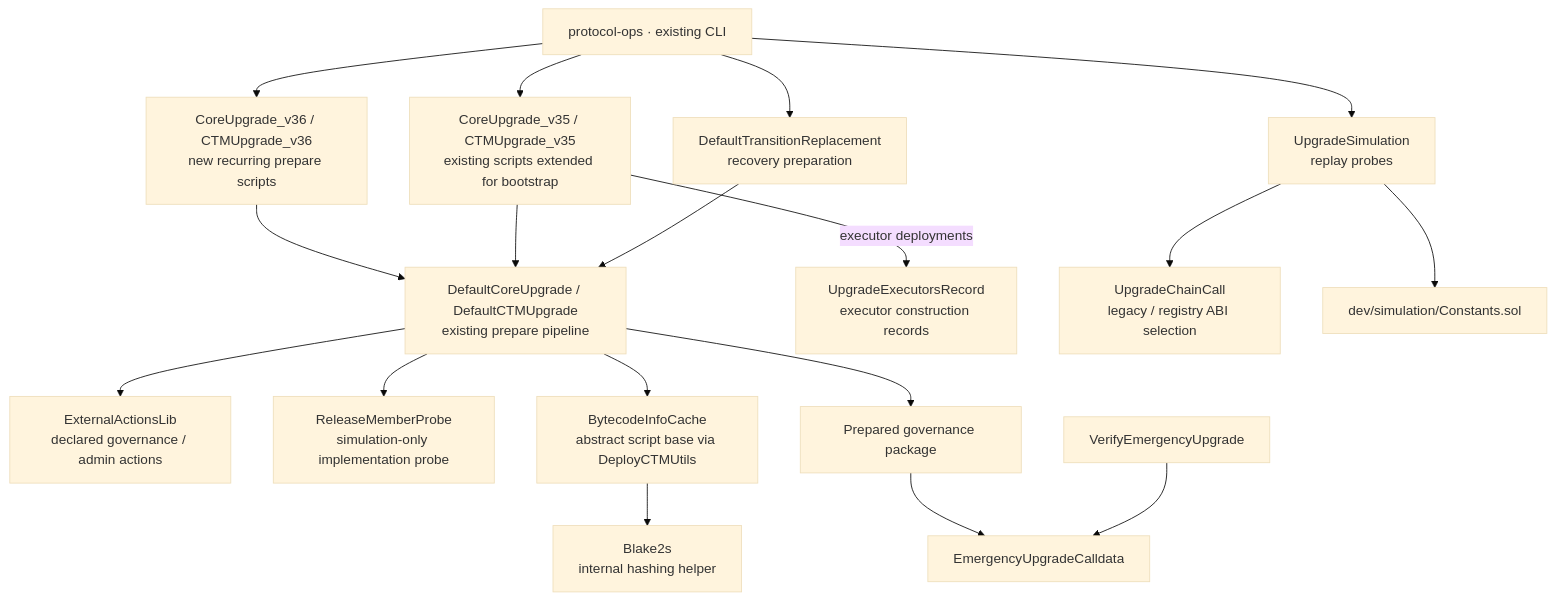
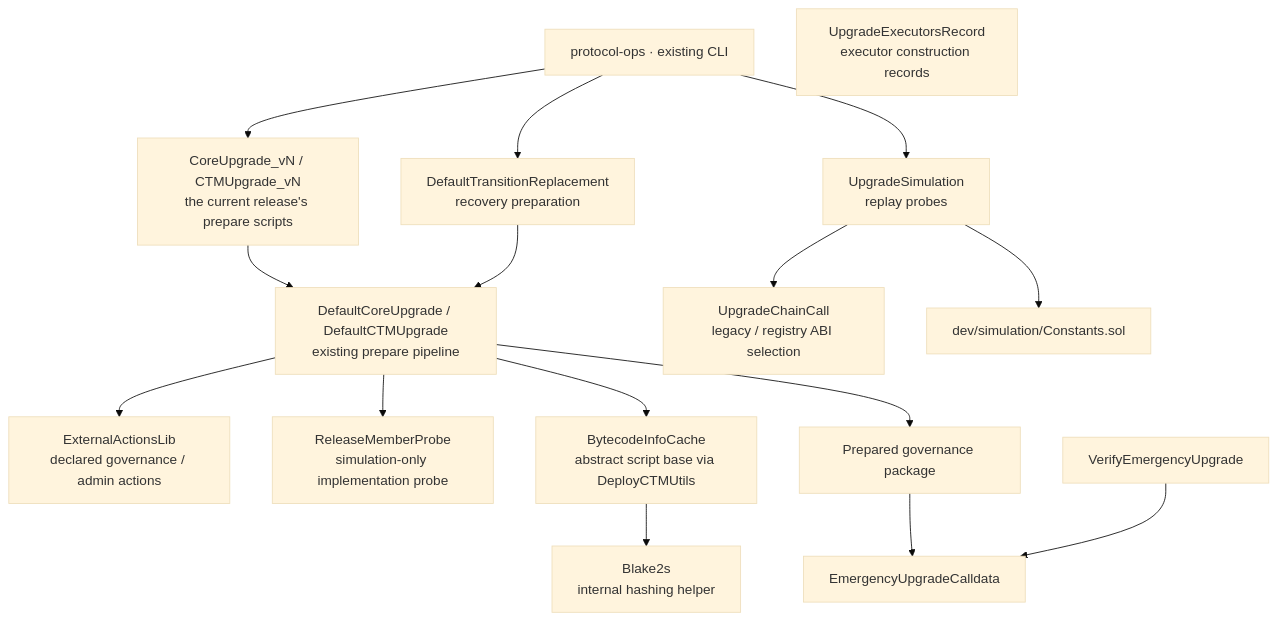
Before and after one commit to matter-labs/era-contracts: the fourth of 4 diagrams in README.md, drawn with Mermaid (base theme). The commit also changed other lines of this file and 105 other files, not shown here.

First line of the commit message:
chore: start the v0.36.0 release, with the upgrade tests on the frozen v35 state

````diff
--- a/README.md
+++ b/README.md
@@ -185,36 +185,32 @@
 ```mermaid
 flowchart TB
     OPS["protocol-ops · existing CLI"]
-    PREP["CoreUpgrade_v36 / CTMUpgrade_v36<br/>new recurring prepare scripts"]
-    V35["CoreUpgrade_v35 / CTMUpgrade_v35<br/>existing scripts extended for bootstrap"]
+    PREP["CoreUpgrade_vN / CTMUpgrade_vN<br/>the current release's prepare scripts"]
     BASE["DefaultCoreUpgrade / DefaultCTMUpgrade<br/>existing prepare pipeline"]
     REPLACE["DefaultTransitionReplacement<br/>recovery preparation"]
     ACTIONS["ExternalActionsLib<br/>declared governance / admin actions"]
     PROBE["ReleaseMemberProbe<br/>simulation-only implementation probe"]
     RECORD["UpgradeExecutorsRecord<br/>executor construction records"]
     CACHE["BytecodeInfoCache<br/>abstract script base via DeployCTMUtils"]
     BLAKE["Blake2s<br/>internal hashing helper"]
     SIM["UpgradeSimulation<br/>replay probes"]
     CALL["UpgradeChainCall<br/>legacy / registry ABI selection"]
     CONST["dev/simulation/Constants.sol"]
     EMERG["EmergencyUpgradeCalldata"]
     VERIFY["VerifyEmergencyUpgrade"]
     PACKAGE["Prepared governance package"]
     OPS --> PREP
-    OPS --> V35
     OPS --> REPLACE
     PREP --> BASE
-    V35 --> BASE
     REPLACE --> BASE
     BASE --> ACTIONS
     BASE --> PROBE
     BASE --> CACHE
-    V35 -->|"executor deployments"| RECORD
     CACHE --> BLAKE
     BASE --> PACKAGE
     OPS --> SIM
     SIM --> CALL
     SIM --> CONST
     PACKAGE --> EMERG
     VERIFY --> EMERG
 ```
````
